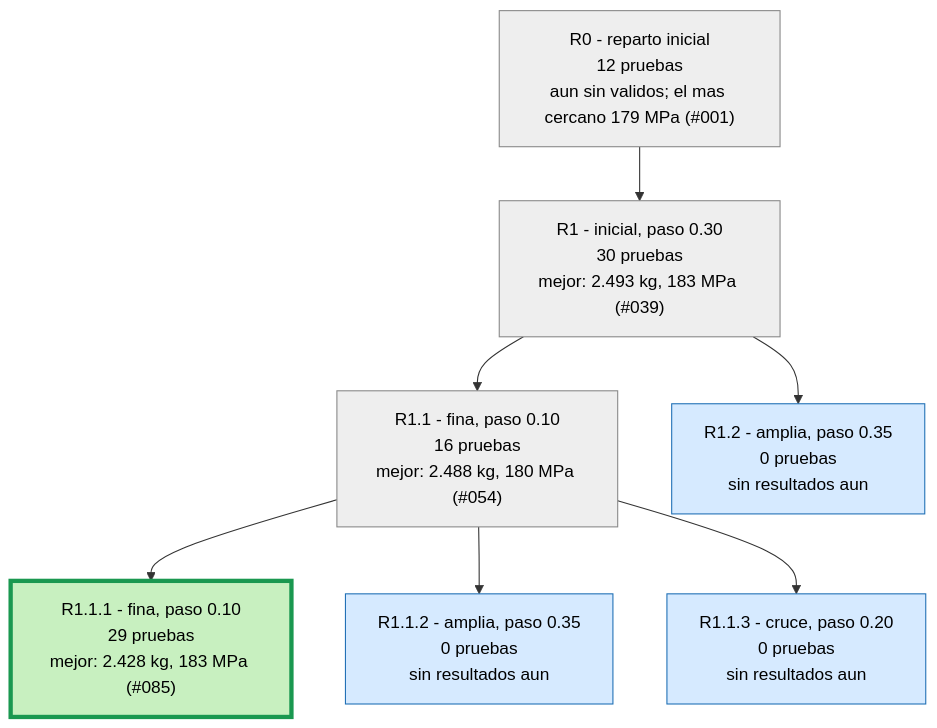
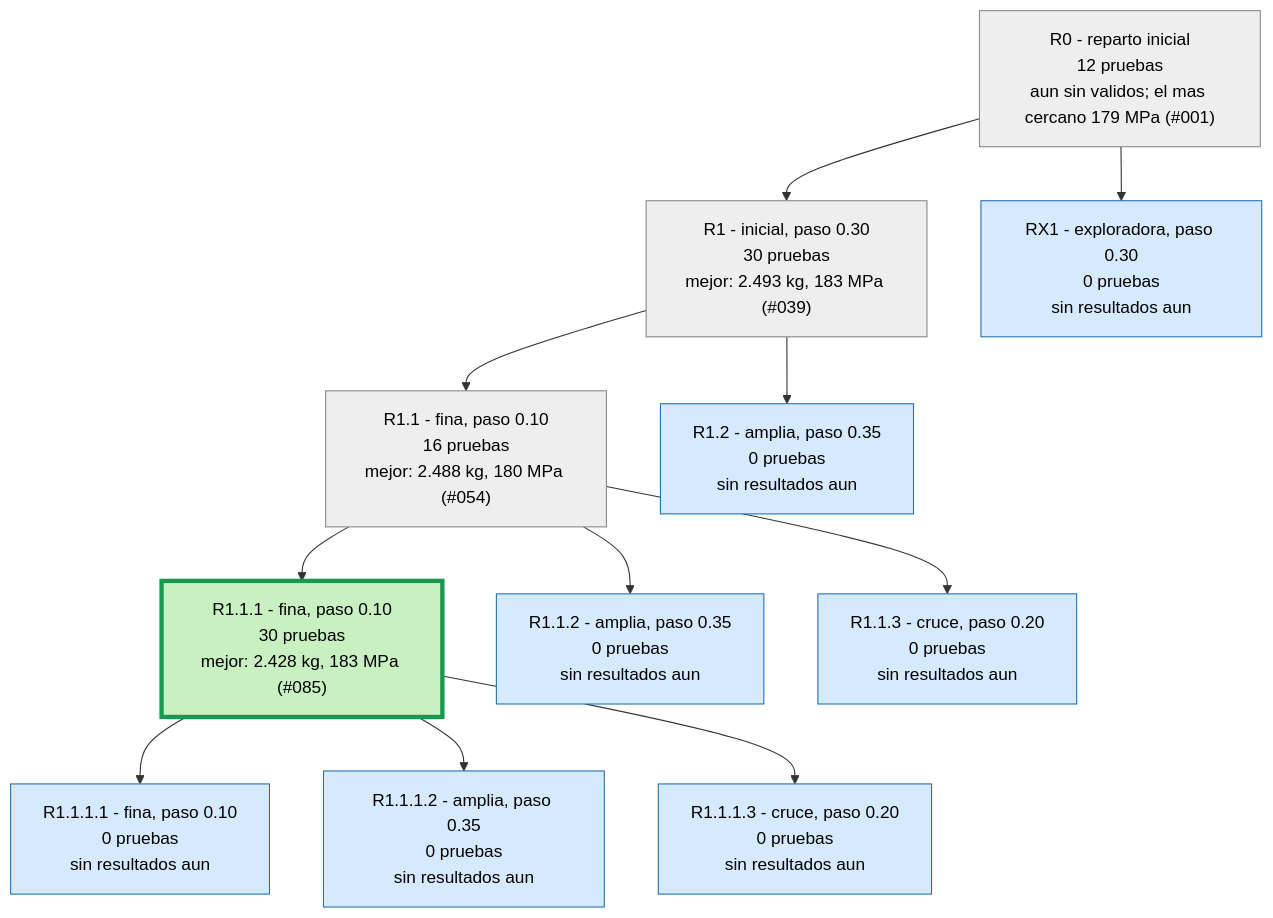
One commit to Hugiko/msd-soporte-optimizacion changed the second of 3 diagrams in runs/opt_37800N/ARBOL.md. Above: the diagram before and after it, drawn with Mermaid. The commit also changed 22 other files, not shown here.

````diff
--- a/runs/opt_37800N/ARBOL.md
+++ b/runs/opt_37800N/ARBOL.md
@@ -25,19 +25,27 @@
 ```mermaid
 graph TD
 classDef activa fill:#d6eaff,stroke:#1f6fb5,color:#000
 classDef fin fill:#eeeeee,stroke:#888,color:#000
 classDef mejor fill:#c8f0c0,stroke:#1a9850,stroke-width:4px,color:#000
 R0["R0 - reparto inicial<br/>12 pruebas<br/>aun sin validos; el mas cercano 179 MPa (#001)"]:::fin
 R1["R1 - inicial, paso 0.30<br/>30 pruebas<br/>mejor: 2.493 kg, 183 MPa (#039)"]:::fin
 R0 --> R1
 R1_1["R1.1 - fina, paso 0.10<br/>16 pruebas<br/>mejor: 2.488 kg, 180 MPa (#054)"]:::fin
 R1 --> R1_1
 R1_2["R1.2 - amplia, paso 0.35<br/>0 pruebas<br/>sin resultados aun"]:::activa
 R1 --> R1_2
-R1_1_1["R1.1.1 - fina, paso 0.10<br/>29 pruebas<br/>mejor: 2.428 kg, 183 MPa (#085)"]:::mejor
+R1_1_1["R1.1.1 - fina, paso 0.10<br/>30 pruebas<br/>mejor: 2.428 kg, 183 MPa (#085)"]:::mejor
 R1_1 --> R1_1_1
 R1_1_2["R1.1.2 - amplia, paso 0.35<br/>0 pruebas<br/>sin resultados aun"]:::activa
 R1_1 --> R1_1_2
 R1_1_3["R1.1.3 - cruce, paso 0.20<br/>0 pruebas<br/>sin resultados aun"]:::activa
 R1_1 --> R1_1_3
+R1_1_1_1["R1.1.1.1 - fina, paso 0.10<br/>0 pruebas<br/>sin resultados aun"]:::activa
+R1_1_1 --> R1_1_1_1
+R1_1_1_2["R1.1.1.2 - amplia, paso 0.35<br/>0 pruebas<br/>sin resultados aun"]:::activa
+R1_1_1 --> R1_1_1_2
+R1_1_1_3["R1.1.1.3 - cruce, paso 0.20<br/>0 pruebas<br/>sin resultados aun"]:::activa
+R1_1_1 --> R1_1_1_3
+RX1["RX1 - exploradora, paso 0.30<br/>0 pruebas<br/>sin resultados aun"]:::activa
+R0 --> RX1
 ```
````
